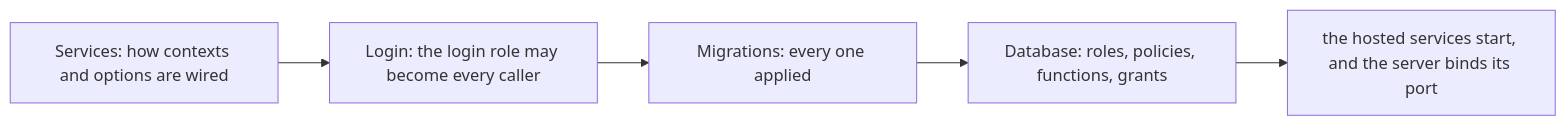
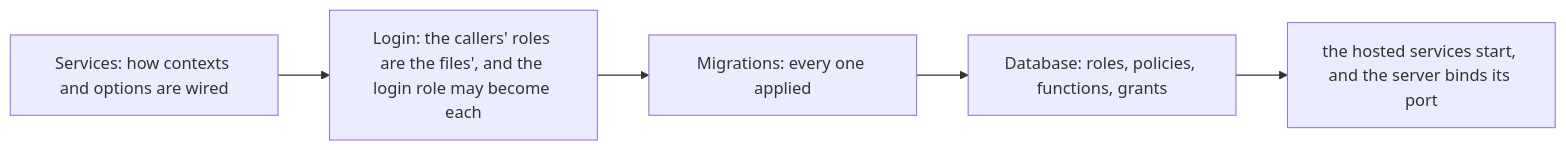
The diagram in docs/startup-checks.md (DylanSnel/DDDToolkit), drawn with Mermaid before and after one commit. The commit also changed other lines of this file and 36 other files, not shown here.

First line of the commit message:
Supabase: the roles are said once; the runtime reads what the build wrote, and checks it where it cannot

````diff
--- a/docs/startup-checks.md
+++ b/docs/startup-checks.md
@@ -22,7 +22,7 @@
 ```mermaid
 flowchart LR
-    Services["Services: how contexts and options are wired"] --> Login["Login: the login role may become every caller"]
+    Services["Services: how contexts and options are wired"] --> Login["Login: the callers' roles are the files', and the login role may become each"]
     Login --> Migrations["Migrations: every one applied"]
     Migrations --> Database["Database: roles, policies, functions, grants"]
     Database --> Started["the hosted services start, and the server binds its port"]
 ```
````
